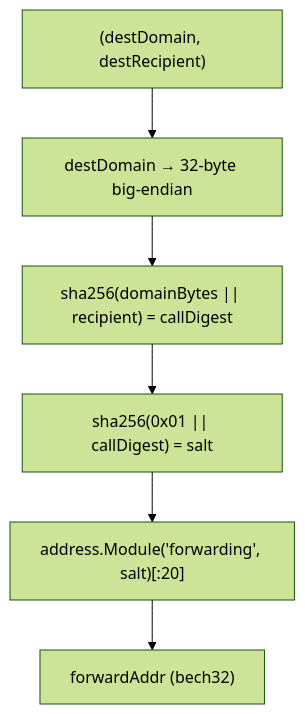
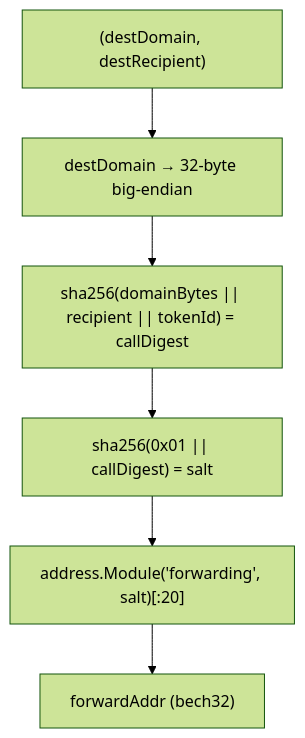
The first of 2 diagrams in x/forwarding/CLAUDE.md (celestiaorg/celestia-app), drawn with Mermaid (forest theme) before and after one commit. The commit also changed other lines of this file, not shown here.

````diff
--- a/x/forwarding/CLAUDE.md
+++ b/x/forwarding/CLAUDE.md
@@ -18,8 +18,8 @@
 ```mermaid
 flowchart TD
     A["(destDomain, destRecipient)"] --> B["destDomain → 32-byte big-endian"]
-    B --> C["sha256(domainBytes || recipient) = callDigest"]
+    B --> C["sha256(domainBytes || recipient || tokenId) = callDigest"]
     C --> D["sha256(0x01 || callDigest) = salt"]
     D --> E["address.Module('forwarding', salt)[:20]"]
     E --> F["forwardAddr (bech32)"]
 ```
````
